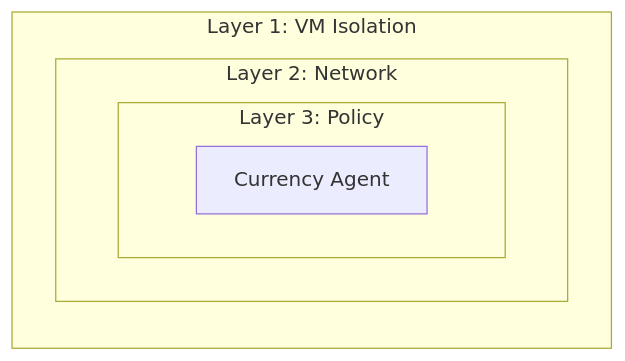
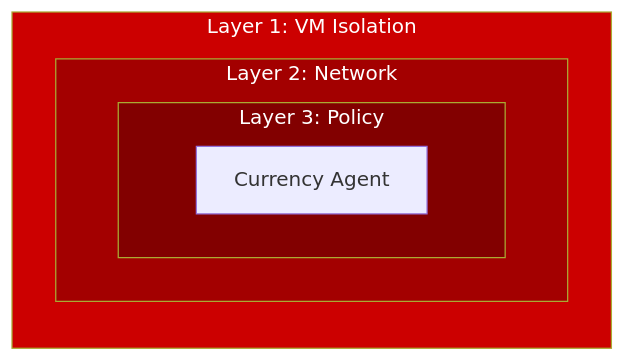
Before and after one commit to rrbanda/agent-sandbox-ocp: the first of 2 diagrams in docs/index.md, drawn with Mermaid. The commit also changed other lines of this file and 55 other files, not shown here.

````diff
--- a/docs/index.md
+++ b/docs/index.md
@@ -32,10 +32,14 @@
 ```mermaid
 flowchart LR
     subgraph L1["Layer 1: VM Isolation"]
         subgraph L2["Layer 2: Network"]
             subgraph L3["Layer 3: Policy"]
                 A["Currency Agent"]
             end
         end
     end
+    
+    style L1 fill:#CC0000,color:#FFFFFF
+    style L2 fill:#A30000,color:#FFFFFF
+    style L3 fill:#820000,color:#FFFFFF
 ```
````
